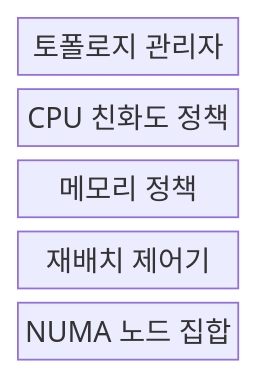
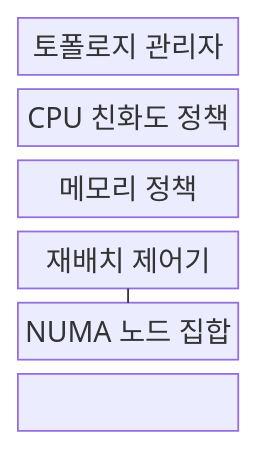
One commit to agnusdei1207/knowledge-base changed the first of 2 diagrams in src/content/docs/notes/03-software/029_numa_aware_scheduling.md. Above: the diagram before and after it, drawn with Mermaid. The commit also changed other lines of this file and 238 other files, not shown here.

````diff
--- a/src/content/docs/notes/03-software/029_numa_aware_scheduling.md
+++ b/src/content/docs/notes/03-software/029_numa_aware_scheduling.md
@@ -63,9 +63,12 @@
 ```mermaid
-block
+block-beta
   columns 1
   T["토폴로지 관리자"]
   A["CPU 친화도 정책"]
   M["메모리 정책"]
   R["재배치 제어기"]
   N["NUMA 노드 집합"]
+  T --- A --- N
+  T --- M --- N
+  N --- R
 ```
````
